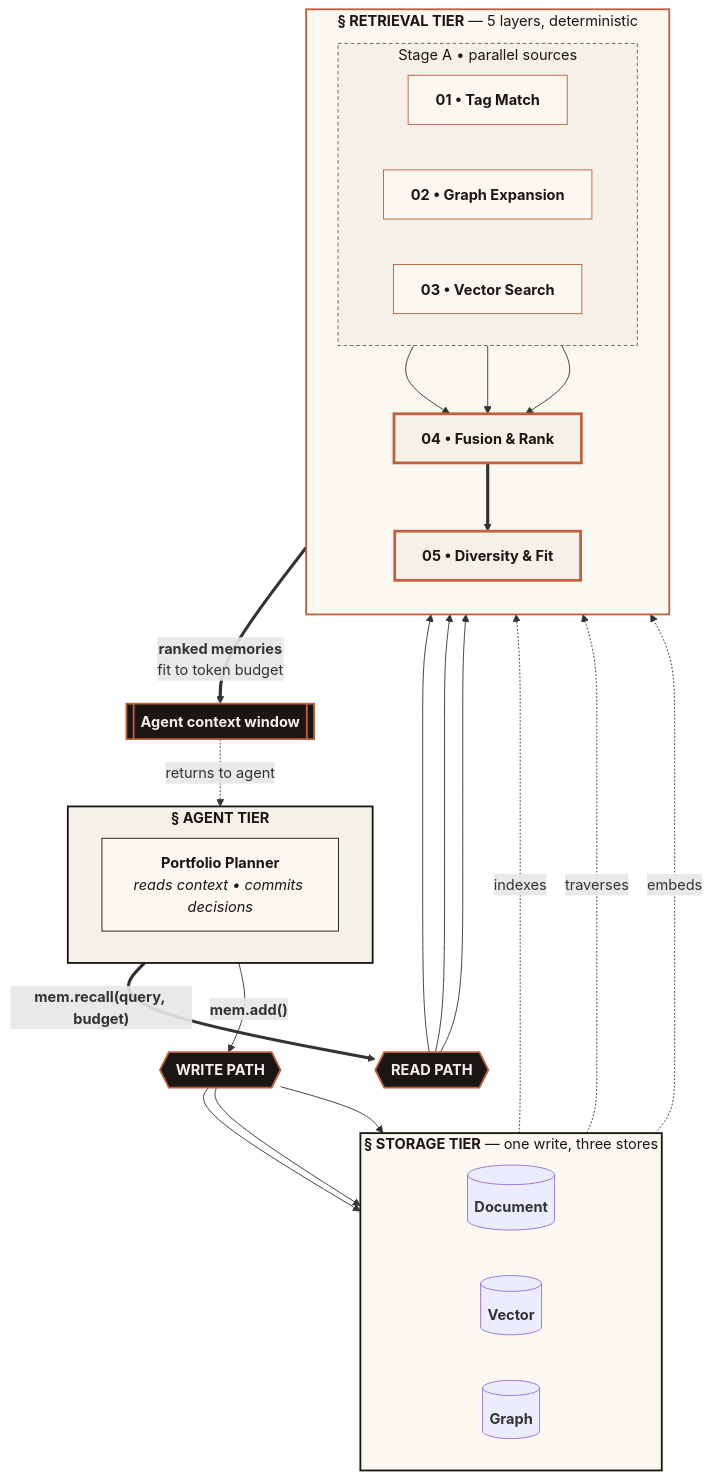
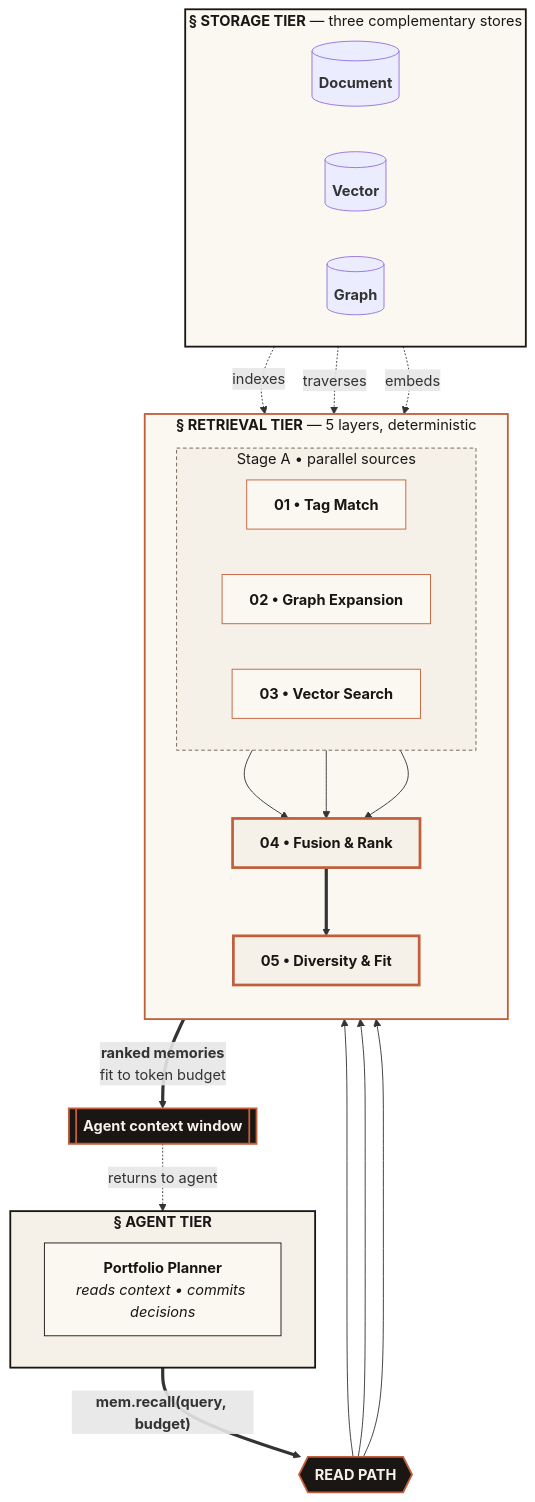
Before and after one commit to bolnet/attestor: the first of 10 diagrams in README.md, drawn with Mermaid.

Commit message:
docs: drop write path from at-a-glance — recall-only tells the story

````diff
--- a/README.md
+++ b/README.md
@@ -40,72 +40,66 @@
 ```mermaid
 flowchart TB
     %% === AGENT TIER ===
     subgraph AGENTS [<b>&sect; AGENT TIER</b>]
         direction LR
         A1[<b>Portfolio Planner</b><br/><i>reads context &bull; commits decisions</i>]
     end
 
     %% === API SURFACE ===
     A1 ==>|"<b>mem.recall(query, budget)</b>"| READ{{<b>READ PATH</b>}}
-    A1 -->|"<b>mem.add()</b>"| WRITE{{<b>WRITE PATH</b>}}
 
     %% === STORAGE TIER ===
-    subgraph STORAGE [<b>&sect; STORAGE TIER</b> &mdash; one write, three stores]
+    subgraph STORAGE [<b>&sect; STORAGE TIER</b> &mdash; three complementary stores]
         direction LR
         S1[("<b>Document</b>")]
         S2[("<b>Vector</b>")]
         S3[("<b>Graph</b>")]
     end
-
-    WRITE --> S1
-    WRITE --> S2
-    WRITE --> S3
 
     %% === RETRIEVAL TIER ===
     subgraph RETRIEVAL [<b>&sect; RETRIEVAL TIER</b> &mdash; 5 layers, deterministic]
         direction TB
 
         subgraph SOURCES [Stage A &bull; parallel sources]
             direction LR
             L1[<b>01 &bull; Tag Match</b>]
             L2[<b>02 &bull; Graph Expansion</b>]
             L3[<b>03 &bull; Vector Search</b>]
         end
 
         L4[<b>04 &bull; Fusion &amp; Rank</b>]
         L5[<b>05 &bull; Diversity &amp; Fit</b>]
 
         L1 --> L4
         L2 --> L4
         L3 --> L4
         L4 ==> L5
     end
 
     %% read fan-out and storage wiring
     READ --> L1
     READ --> L2
     READ --> L3
 
     S1 -. indexes .-> L1
     S3 -. traverses .-> L2
     S2 -. embeds .-> L3
 
     %% === OUTPUT ===
     L5 ==>|<b>ranked memories</b><br/>fit to token budget| CTX[[<b>Agent context window</b>]]
     CTX -. returns to agent .-> A1
 
     %% === STYLING ===
     style AGENTS    fill:#F5F1E8,stroke:#1A1614,stroke-width:2px,color:#1A1614
     style A1        fill:#FBF8F1,stroke:#1A1614,color:#1A1614
     style STORAGE   fill:#FBF8F1,stroke:#1A1614,stroke-width:2px,color:#1A1614
     style RETRIEVAL fill:#FBF8F1,stroke:#C15F3C,stroke-width:2px,color:#1A1614
     style SOURCES   fill:#F5F1E8,stroke:#6B5F4F,stroke-dasharray:4 3,color:#1A1614
-    style WRITE     fill:#1A1614,stroke:#C15F3C,stroke-width:2px,color:#F5F1E8
     style READ      fill:#1A1614,stroke:#C15F3C,stroke-width:2px,color:#F5F1E8
     style L1        fill:#FBF8F1,stroke:#C15F3C,color:#1A1614
     style L2        fill:#FBF8F1,stroke:#C15F3C,color:#1A1614
     style L3        fill:#FBF8F1,stroke:#C15F3C,color:#1A1614
     style L4        fill:#F5F1E8,stroke:#C15F3C,stroke-width:3px,color:#1A1614
     style L5        fill:#F5F1E8,stroke:#C15F3C,stroke-width:3px,color:#1A1614
     style CTX       fill:#1A1614,stroke:#C15F3C,stroke-width:2px,color:#F5F1E8
 ```
````
